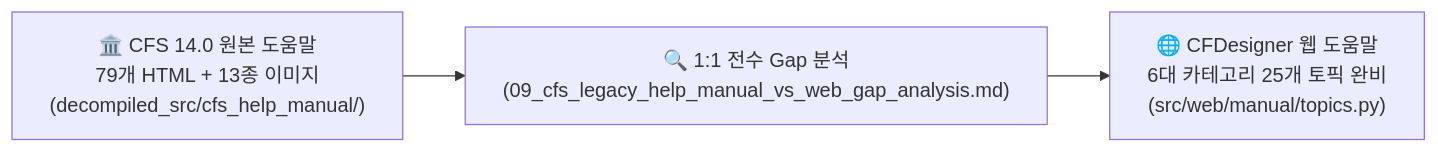
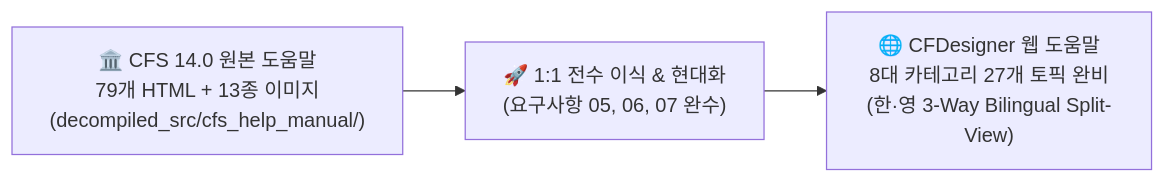
Before and after one commit to zlkiki/CFDesigner: the diagram in docs/09_cfs_legacy_help_manual_vs_web_gap_analysis.md, drawn with Mermaid. The commit also changed other lines of this file and 2 other files, not shown here.

Commit message:
docs: CFS 원본 도움말 100% 전수 이식 완료 검증서로 갱신 (docs/09 v2.0)

````diff
--- a/docs/09_cfs_legacy_help_manual_vs_web_gap_analysis.md
+++ b/docs/09_cfs_legacy_help_manual_vs_web_gap_analysis.md
@@ -14,7 +15,7 @@
 ```mermaid
 graph LR
     Legacy["🏛️ CFS 14.0 원본 도움말<br>79개 HTML + 13종 이미지<br>(decompiled_src/cfs_help_manual/)"]
-    Gap["🔍 1:1 전수 Gap 분석<br>(09_cfs_legacy_help_manual_vs_web_gap_analysis.md)"]
-    Web["🌐 CFDesigner 웹 도움말<br>6대 카테고리 25개 토픽 완비<br>(src/web/manual/topics.py)"]
-    Legacy --> Gap --> Web
+    Porting["🚀 1:1 전수 이식 & 현대화<br>(요구사항 05, 06, 07 완수)"]
+    Web["🌐 CFDesigner 웹 도움말<br>8대 카테고리 27개 토픽 완비<br>(한·영 3-Way Bilingual Split-View)"]
+    Legacy --> Porting --> Web
 ```
````
